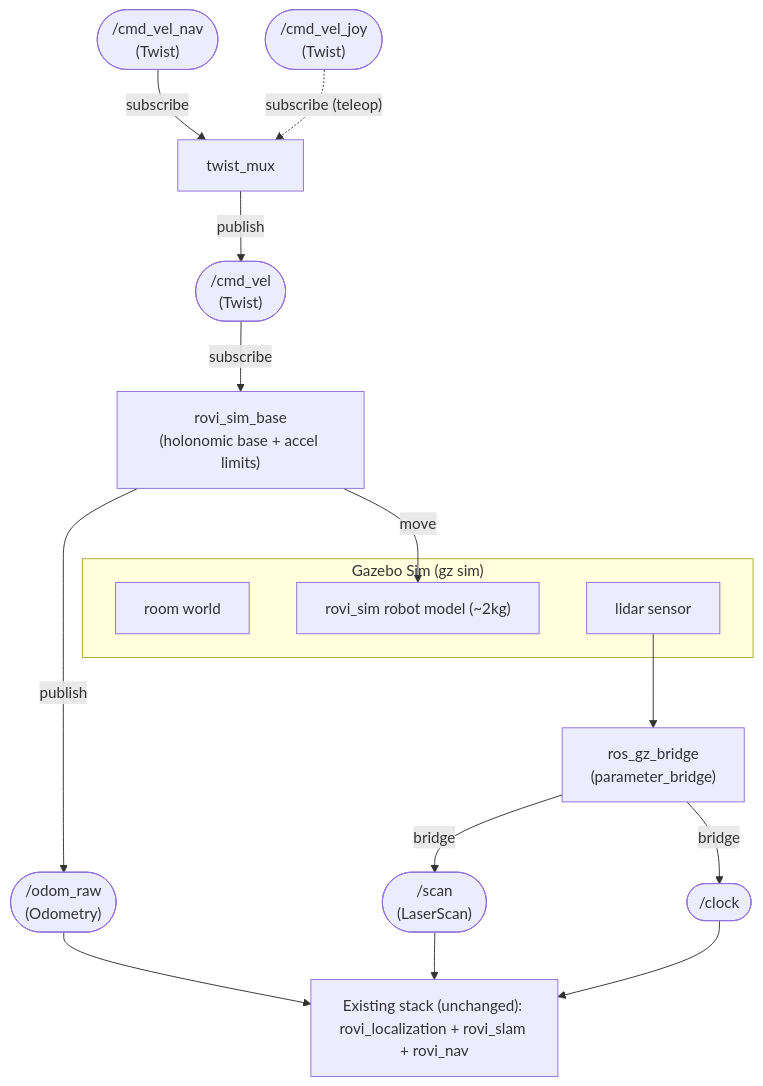
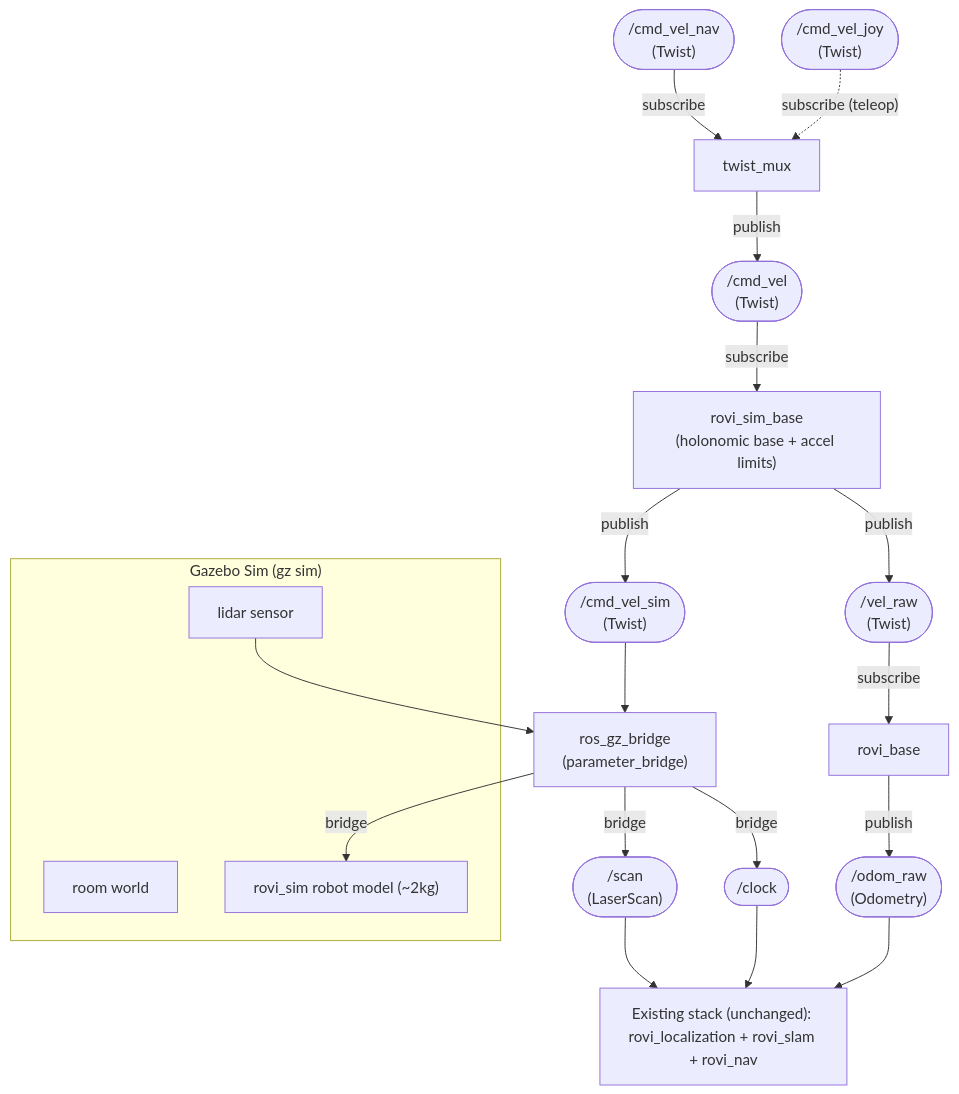
Before and after one commit to Roblibs/rovi_ros_ws: the seventh of 10 diagrams in README.md, drawn with Mermaid. The commit also changed other lines of this file and 11 other files, not shown here.

````diff
--- a/README.md
+++ b/README.md
@@ -373,35 +373,43 @@
 ```mermaid
 flowchart TD
   CMD_NAV(["/cmd_vel_nav<br/>(Twist)"])
   CMD_JOY(["/cmd_vel_joy<br/>(Twist)"])
   CMD(["/cmd_vel<br/>(Twist)"])
 
   TwistMux["twist_mux"]
   CMD_NAV -->|subscribe| TwistMux
   CMD_JOY -.->|"subscribe (teleop)"| TwistMux
   TwistMux -->|publish| CMD
 
   RoviSimBase["rovi_sim_base<br/>(holonomic base + accel limits)"]
   CMD -->|subscribe| RoviSimBase
+  CMD_SIM(["/cmd_vel_sim<br/>(Twist)"])
+  VRAW(["/vel_raw<br/>(Twist)"])
+  RoviSimBase -->|publish| CMD_SIM
+  RoviSimBase -->|publish| VRAW
+
+  RoviBase["rovi_base"]
+  VRAW -->|subscribe| RoviBase
   ODRAW(["/odom_raw<br/>(Odometry)"])
-  RoviSimBase -->|publish| ODRAW
+  RoviBase -->|publish| ODRAW
 
   subgraph GZ["Gazebo Sim (gz sim)"]
     WORLD["room world"]
     ROBOT["rovi_sim robot model (~2kg)"]
     LIDAR["lidar sensor"]
   end
 
-  RoviSimBase -->|move| ROBOT
+  CMD_SIM --> BRIDGE["ros_gz_bridge<br/>(parameter_bridge)"]
+  BRIDGE -->|bridge| ROBOT
   LIDAR --> BRIDGE["ros_gz_bridge<br/>(parameter_bridge)"]
 
   SCAN(["/scan<br/>(LaserScan)"])
   CLOCK(["/clock"])
   BRIDGE -->|bridge| SCAN
   BRIDGE -->|bridge| CLOCK
 
   EXISTING["Existing stack (unchanged): rovi_localization + rovi_slam + rovi_nav"]
   ODRAW --> EXISTING
   SCAN --> EXISTING
   CLOCK --> EXISTING
 ```
````
